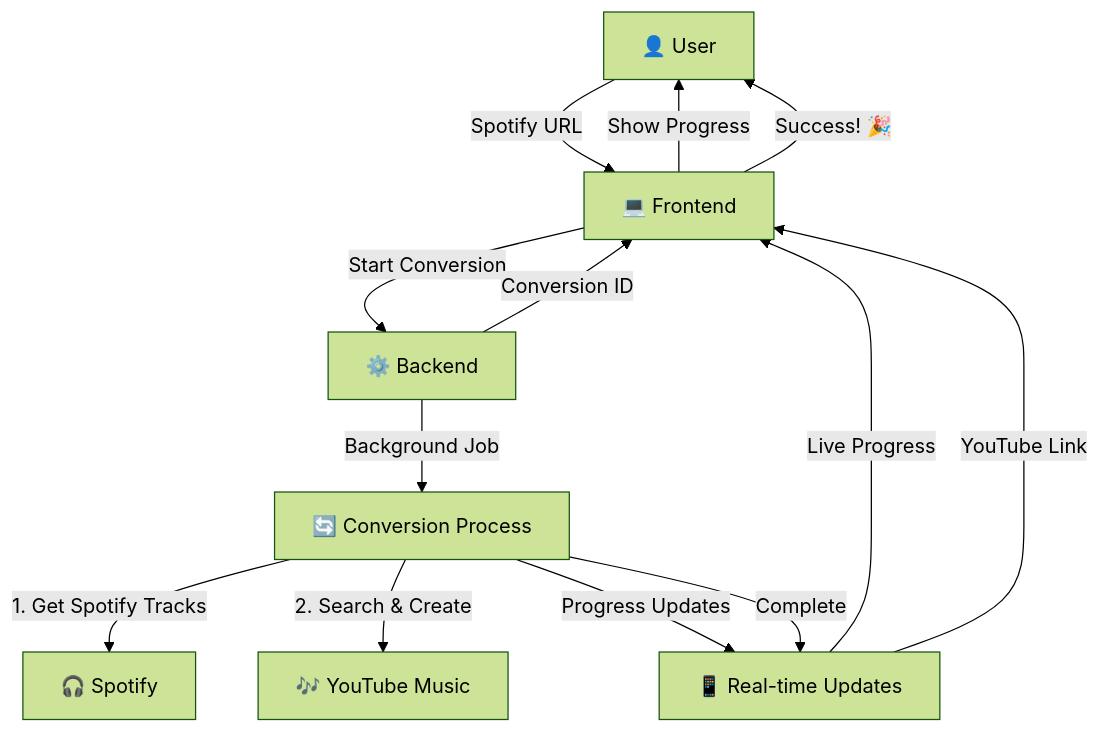
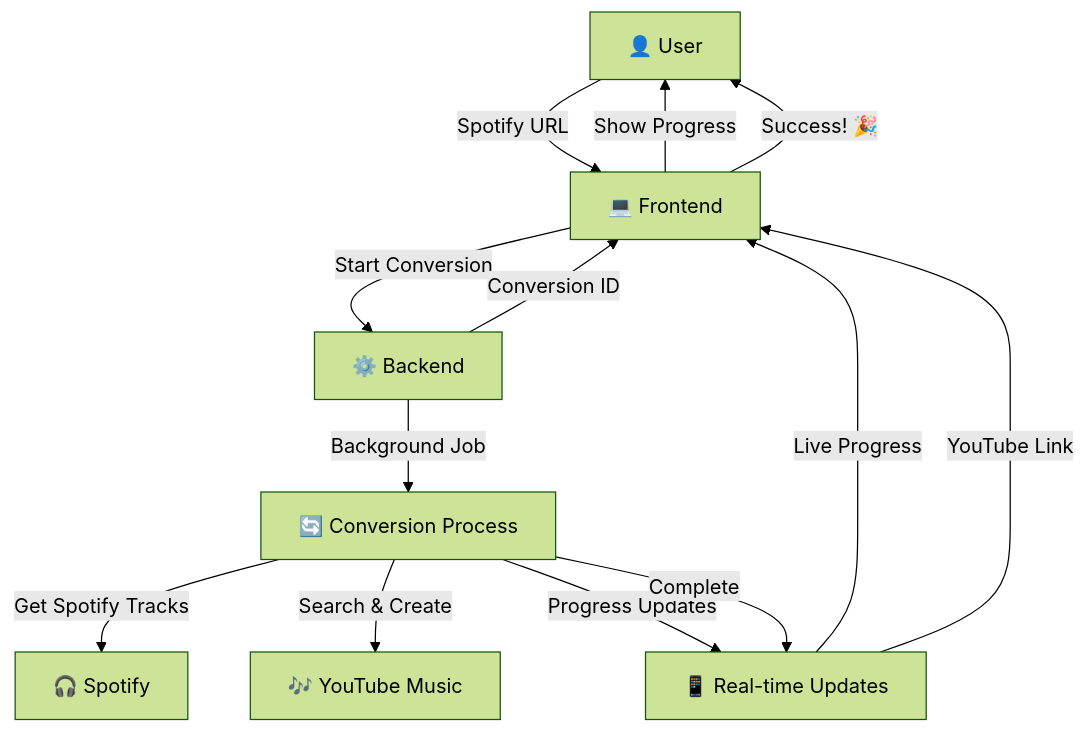
One commit to sohanagashimani/playlist-converter changed the diagram in README.md. Above: the diagram before and after it, drawn with Mermaid (forest theme).

Commit message:
Update README to enhance clarity in architecture diagram
- Simplified the labels in the architecture diagram for better readability and understanding of the conversion process.

````diff
--- a/README.md
+++ b/README.md
@@ -16,18 +16,18 @@
 ```mermaid
 graph TD
     A["👤 User"] -->|"Spotify URL"| B["💻 Frontend"]
     B -->|"Start Conversion"| C["⚙️ Backend"]
     C -->|"Conversion ID"| B
     C -->|"Background Job"| D["🔄 Conversion Process"]
 
-    D -->|"1. Get Spotify Tracks"| E["🎧 Spotify"]
-    D -->|"2. Search & Create"| F["🎶 YouTube Music"]
+    D -->|"Get Spotify Tracks"| E["🎧 Spotify"]
+    D -->|"Search & Create"| F["🎶 YouTube Music"]
 
     D -->|"Progress Updates"| G["📱 Real-time Updates"]
     G -->|"Live Progress"| B
     B -->|"Show Progress"| A
 
     D -->|"Complete"| G
     G -->|"YouTube Link"| B
     B -->|"Success! 🎉"| A
 ```
````
